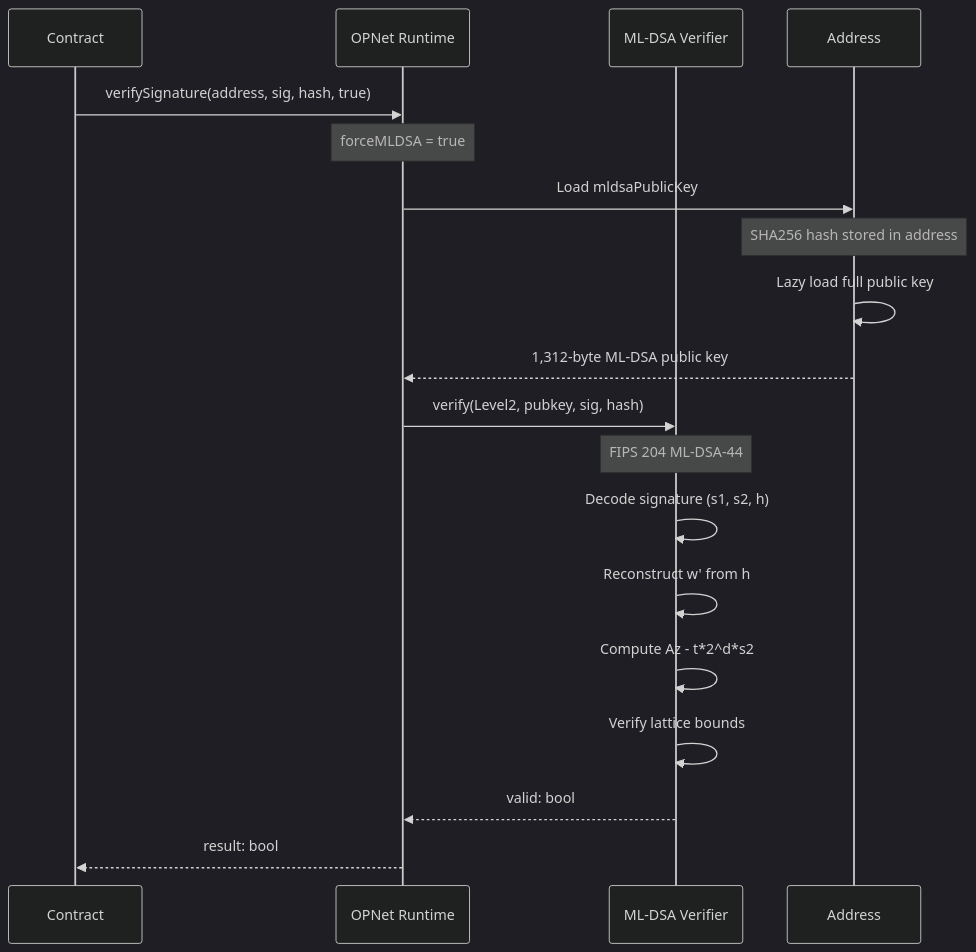
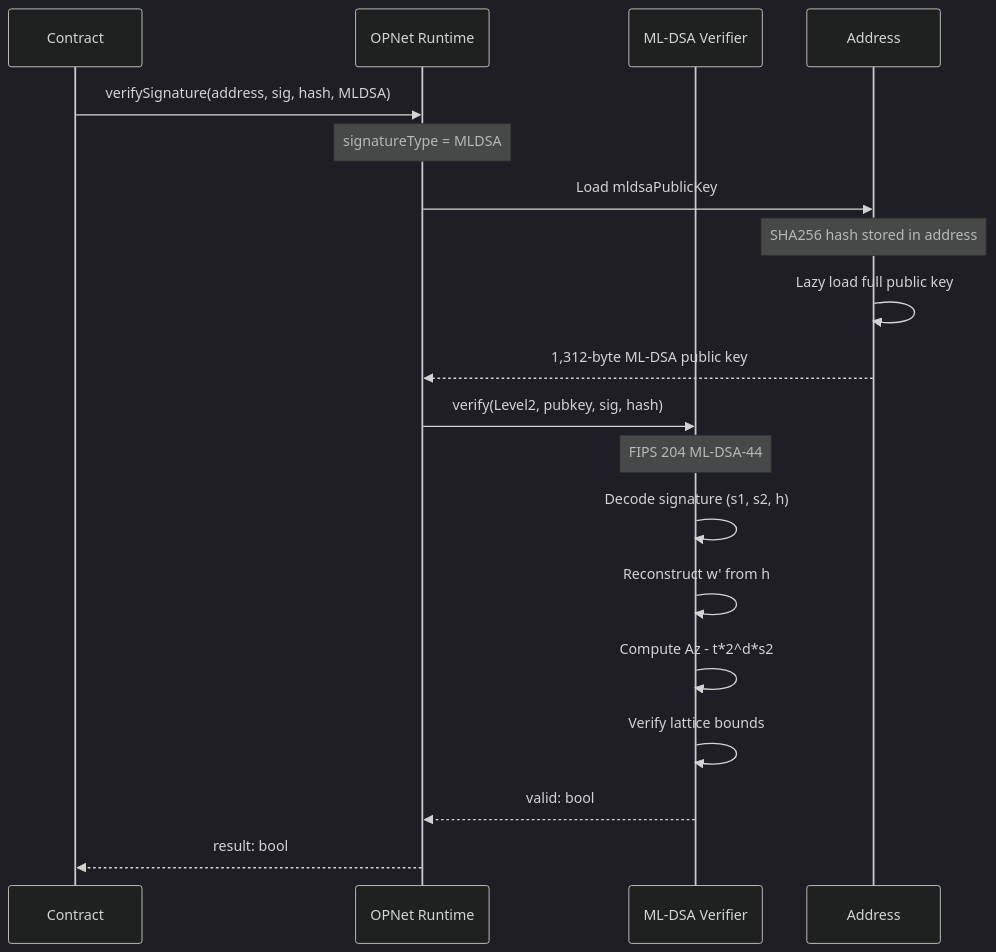
Before and after one commit to btc-vision/btc-runtime: the third of 4 diagrams in docs/advanced/signature-verification.md, drawn with Mermaid. The commit also changed other lines of this file and 4 other files, not shown here.

````diff
--- a/docs/advanced/signature-verification.md
+++ b/docs/advanced/signature-verification.md
@@ -131,29 +157,29 @@
 ```mermaid
 ---
 config:
   theme: dark
 ---
 sequenceDiagram
     participant Contract as Contract
     participant Blockchain as OPNet Runtime
     participant MLDSAVerifier as ML-DSA Verifier
     participant Address as Address
 
-    Contract->>Blockchain: verifySignature(address, sig, hash, true)
-    Note over Blockchain: forceMLDSA = true
+    Contract->>Blockchain: verifySignature(address, sig, hash, MLDSA)
+    Note over Blockchain: signatureType = MLDSA
 
     Blockchain->>Address: Load mldsaPublicKey
     Note over Address: SHA256 hash stored in address
     Address->>Address: Lazy load full public key
     Address-->>Blockchain: 1,312-byte ML-DSA public key
 
     Blockchain->>MLDSAVerifier: verify(Level2, pubkey, sig, hash)
     Note over MLDSAVerifier: FIPS 204 ML-DSA-44
     MLDSAVerifier->>MLDSAVerifier: Decode signature (s1, s2, h)
     MLDSAVerifier->>MLDSAVerifier: Reconstruct w' from h
     MLDSAVerifier->>MLDSAVerifier: Compute Az - t*2^d*s2
     MLDSAVerifier->>MLDSAVerifier: Verify lattice bounds
 
     MLDSAVerifier-->>Blockchain: valid: bool
     Blockchain-->>Contract: result: bool
 ```
````
